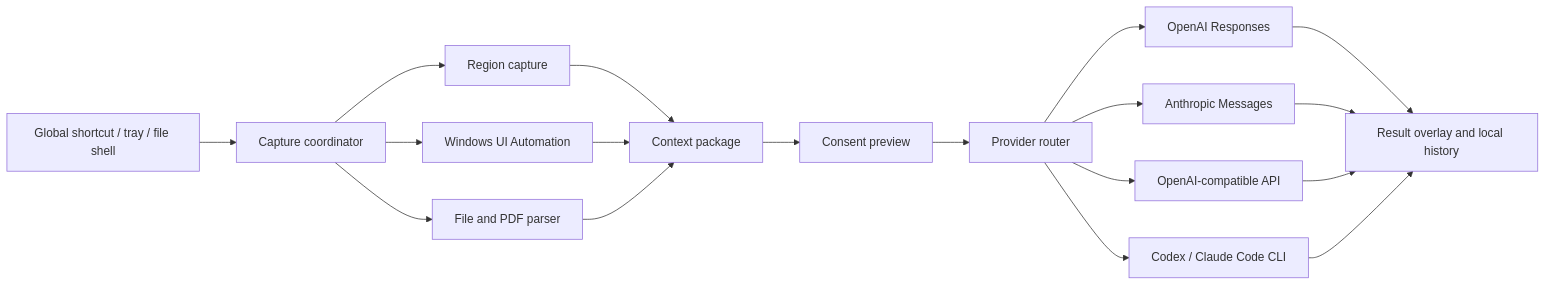
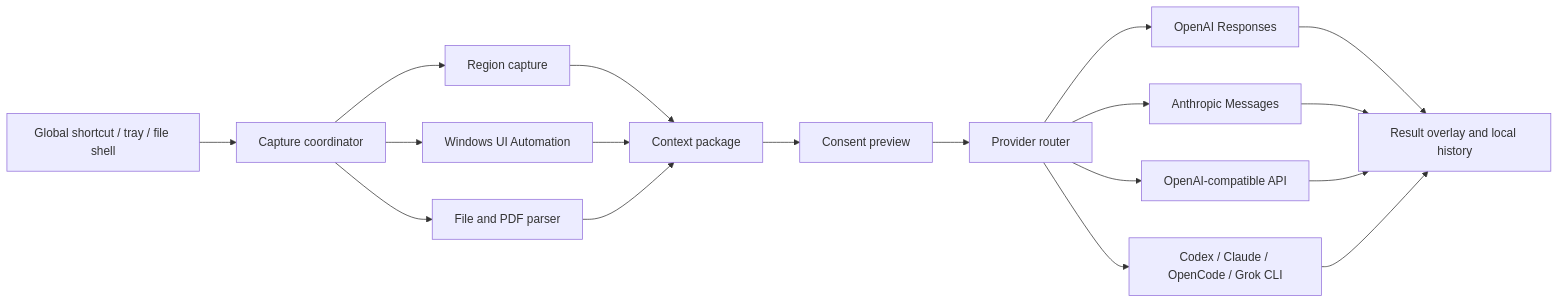
One commit to Zhao73/lensquery changed the diagram in docs/IMPLEMENTATION_PLAN.md. Above: the diagram before and after it, drawn with Mermaid. The commit also changed other lines of this file and 17 other files, not shown here.

````diff
--- a/docs/IMPLEMENTATION_PLAN.md
+++ b/docs/IMPLEMENTATION_PLAN.md
@@ -20,20 +20,20 @@
 ```mermaid
 flowchart LR
     A["Global shortcut / tray / file shell"] --> B["Capture coordinator"]
     B --> C["Region capture"]
     B --> D["Windows UI Automation"]
     B --> E["File and PDF parser"]
     C --> F["Context package"]
     D --> F
     E --> F
     F --> G["Consent preview"]
     G --> H["Provider router"]
     H --> I["OpenAI Responses"]
     H --> J["Anthropic Messages"]
     H --> K["OpenAI-compatible API"]
-    H --> L["Codex / Claude Code CLI"]
+    H --> L["Codex / Claude / OpenCode / Grok CLI"]
     I --> M["Result overlay and local history"]
     J --> M
     K --> M
     L --> M
 ```
````
